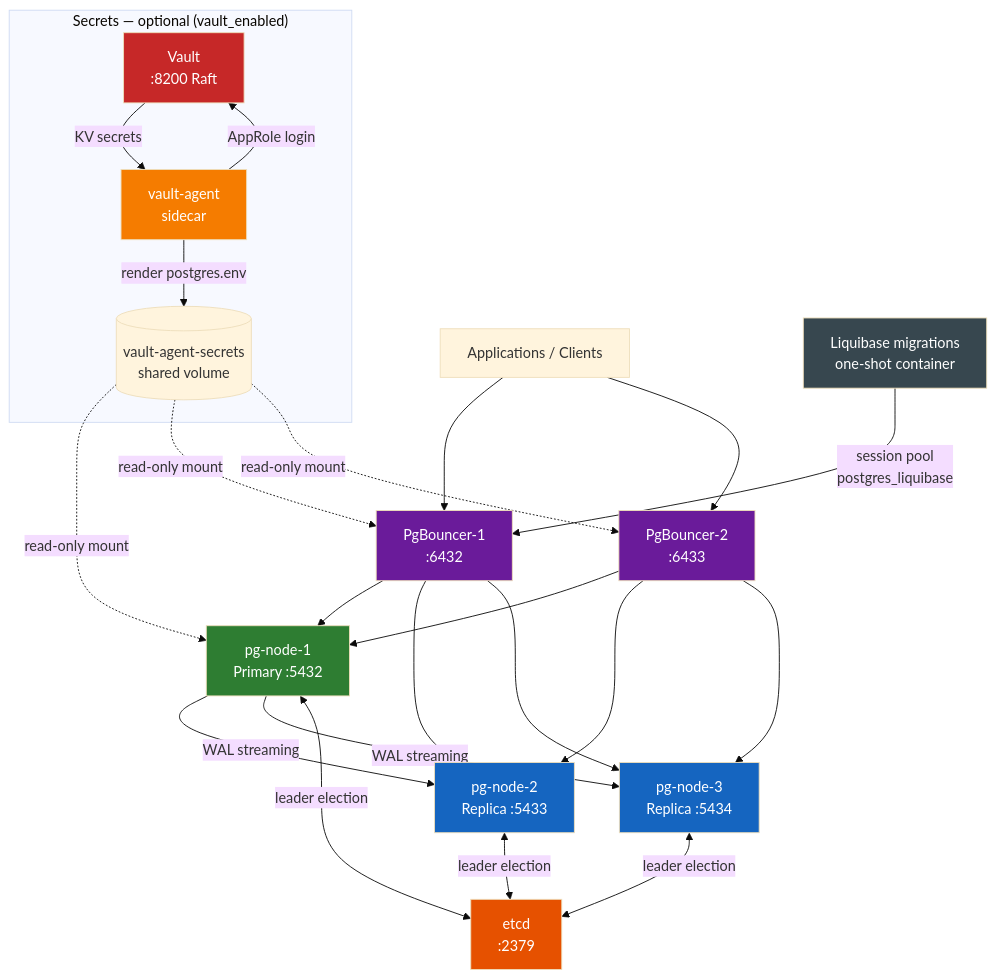
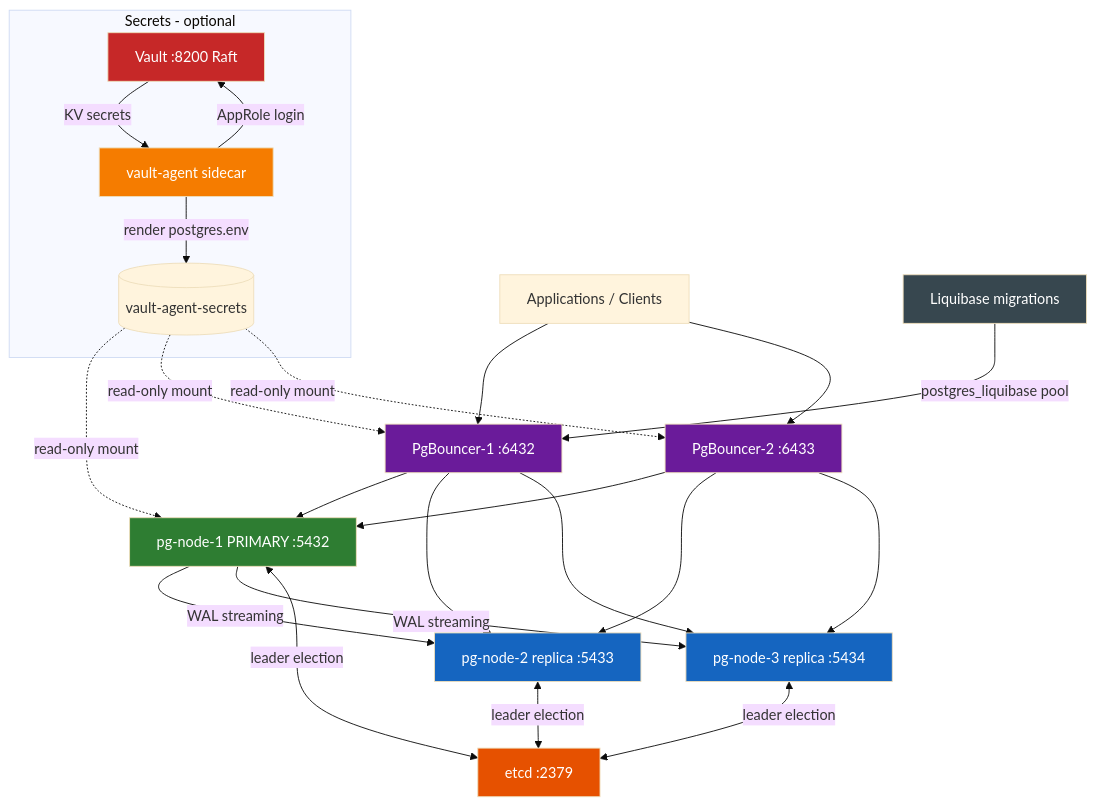
One commit to venkatajangala/terraform-docker-container-postgres changed the diagram in README.md. Above: the diagram before and after it, drawn with Mermaid (base theme).

Commit message:
fix(readme): repair Mermaid diagram for GitHub renderer
- Remove \n from all node/edge labels (unreliable across Mermaid versions)
- Remove parentheses from subgraph label ("Secrets - optional (vault_enabled)")
  which caused parse error: 'PS' token on line 18 in GitHub's Mermaid parser
- Simplify SVOL cylinder label to single-line

````diff
--- a/README.md
+++ b/README.md
@@ -97,40 +97,40 @@
 ```mermaid
 graph TD
     APP[Applications / Clients]
 
-    APP --> PGB1[PgBouncer-1\n:6432]
-    APP --> PGB2[PgBouncer-2\n:6433]
+    APP --> PGB1[PgBouncer-1 :6432]
+    APP --> PGB2[PgBouncer-2 :6433]
 
-    PGB1 & PGB2 --> PG1[pg-node-1\nPrimary :5432]
-    PGB1 & PGB2 --> PG2[pg-node-2\nReplica :5433]
-    PGB1 & PGB2 --> PG3[pg-node-3\nReplica :5434]
+    PGB1 & PGB2 --> PG1[pg-node-1 PRIMARY :5432]
+    PGB1 & PGB2 --> PG2[pg-node-2 replica :5433]
+    PGB1 & PGB2 --> PG3[pg-node-3 replica :5434]
 
     PG1 -->|WAL streaming| PG2
     PG1 -->|WAL streaming| PG3
 
-    PG1 & PG2 & PG3 <-->|leader election| ETCD[etcd\n:2379]
+    PG1 & PG2 & PG3 <-->|leader election| ETCD[etcd :2379]
 
-    LB[Liquibase migrations\none-shot container] -->|session pool\npostgres_liquibase| PGB1
+    LB[Liquibase migrations] -->|postgres_liquibase pool| PGB1
 
-    subgraph SECRETS["Secrets — optional (vault_enabled)"]
-        VAULT[Vault\n:8200 Raft]
-        AGENT[vault-agent\nsidecar]
-        SVOL[(vault-agent-secrets\nshared volume)]
+    subgraph SECRETS["Secrets - optional"]
+        VAULT[Vault :8200 Raft]
+        AGENT[vault-agent sidecar]
+        SVOL[(vault-agent-secrets)]
     end
 
     AGENT -->|AppRole login| VAULT
     VAULT -->|KV secrets| AGENT
     AGENT -->|render postgres.env| SVOL
     SVOL -. "read-only mount" .-> PG1
     SVOL -. "read-only mount" .-> PGB1 & PGB2
 
     style PG1 fill:#2e7d32,color:#fff
     style PG2 fill:#1565c0,color:#fff
     style PG3 fill:#1565c0,color:#fff
     style PGB1 fill:#6a1b9a,color:#fff
     style PGB2 fill:#6a1b9a,color:#fff
     style ETCD fill:#e65100,color:#fff
     style LB fill:#37474f,color:#fff
     style VAULT fill:#c62828,color:#fff
     style AGENT fill:#f57c00,color:#fff
 ```
````
